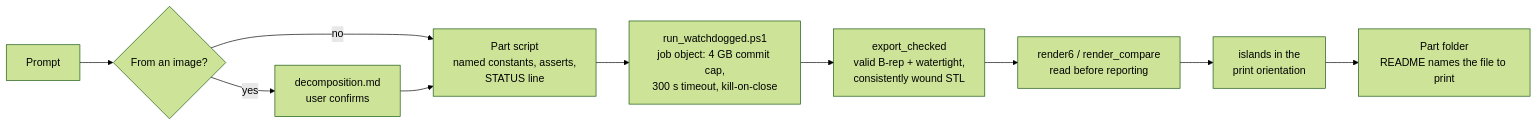
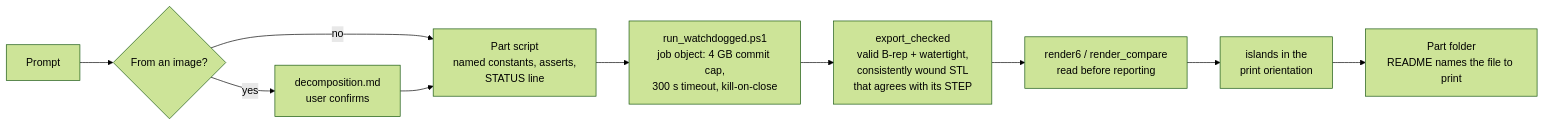
The diagram in README.md (ColinE0/cad-parts), drawn with Mermaid (forest theme) before and after one commit. The commit also changed other lines of this file and 7 other files, not shown here.

````diff
--- a/README.md
+++ b/README.md
@@ -138,12 +145,12 @@
 ```mermaid
 flowchart LR
     P[Prompt] --> Q{From an image?}
     Q -- yes --> D[decomposition.md<br/>user confirms]
     Q -- no --> S
     D --> S[Part script<br/>named constants, asserts,<br/>STATUS line]
     S --> R[run_watchdogged.ps1<br/>job object: 4 GB commit cap,<br/>300 s timeout, kill-on-close]
-    R --> E[export_checked<br/>valid B-rep + watertight,<br/>consistently wound STL]
+    R --> E[export_checked<br/>valid B-rep + watertight,<br/>consistently wound STL<br/>that agrees with its STEP]
     E --> V[render6 / render_compare<br/>read before reporting]
     V --> I[islands in the<br/>print orientation]
     I --> F[Part folder<br/>README names the file to print]
 ```
````
